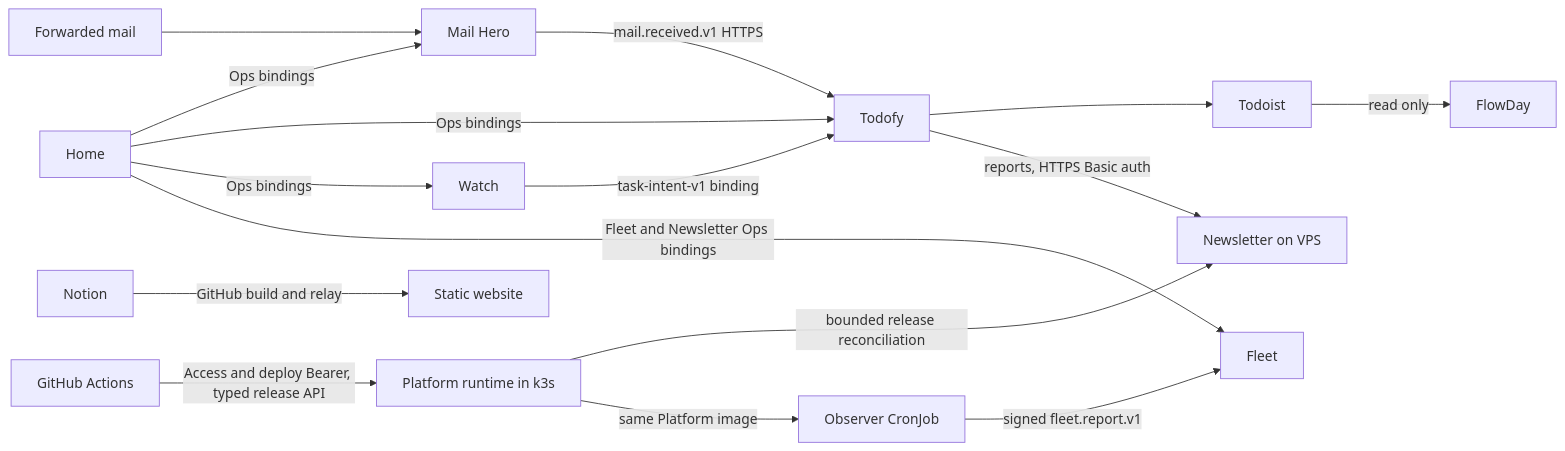
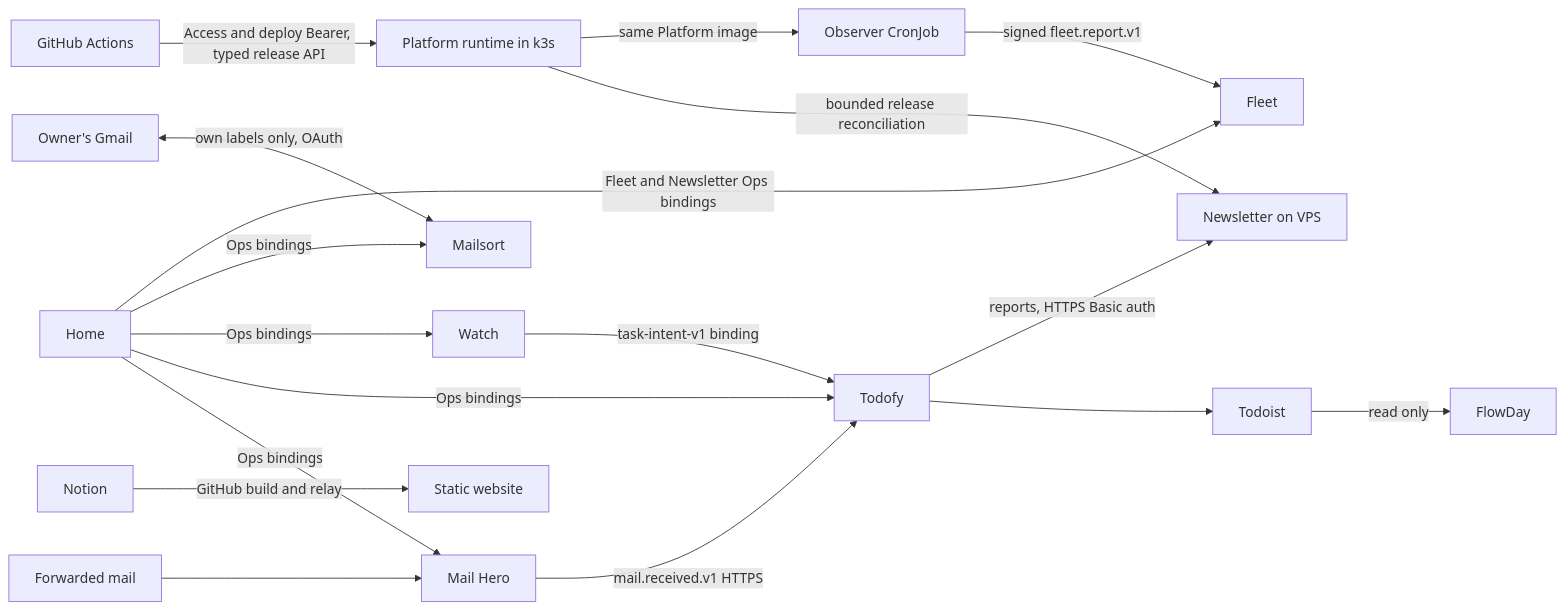
The diagram in docs/architecture.md (ziyixi/todofy), drawn with Mermaid before and after one commit. The commit also changed other lines of this file and 10 other files, not shown here.

````diff
--- a/docs/architecture.md
+++ b/docs/architecture.md
@@ -11,18 +11,20 @@
 ```mermaid
 flowchart LR
   Mail[Forwarded mail] --> MH[Mail Hero]
   MH -->|mail.received.v1 HTTPS| Todo[Todofy]
   Watch[Watch] -->|task-intent-v1 binding| Todo
   Todo --> Todoist[Todoist]
   Todo -->|reports, HTTPS Basic auth| News[Newsletter on VPS]
   Todoist -->|read only| Flow[FlowDay]
   Home[Home] -->|Ops bindings| MH
   Home -->|Ops bindings| Todo
   Home -->|Ops bindings| Watch
+  Gmail[Owner's Gmail] <-->|own labels only, OAuth| Sort[Mailsort]
+  Home -->|Ops bindings| Sort
   Home -->|Fleet and Newsletter Ops bindings| Fleet[Fleet]
   Observer[Observer CronJob] -->|signed fleet.report.v1| Fleet
   Actions[GitHub Actions] -->|Access and deploy Bearer, typed release API| Runtime[Platform runtime in k3s]
   Runtime -->|bounded release reconciliation| News
   Runtime -->|same Platform image| Observer
   Notion[Notion] -->|GitHub build and relay| Site[Static website]
 ```
````
